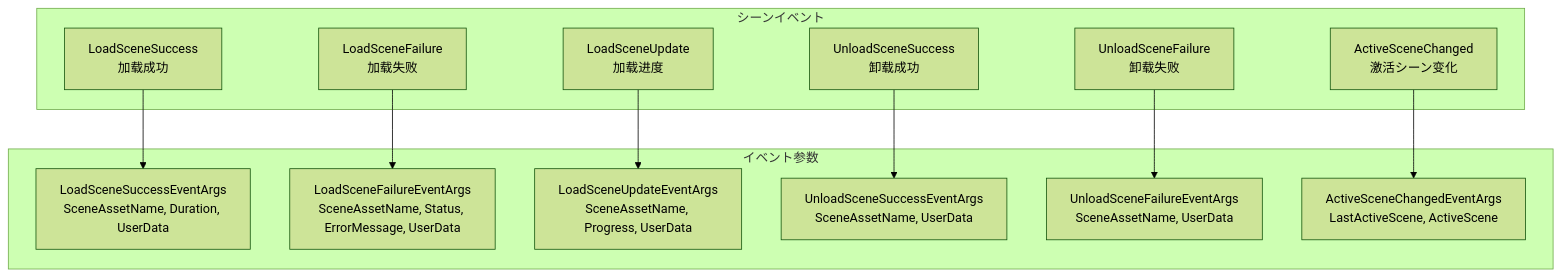
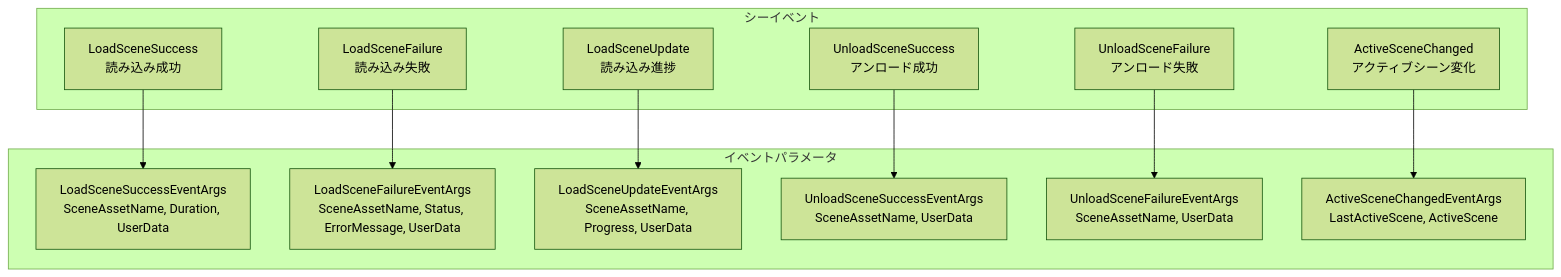
One commit to AlianBlank/GameFrameX.Docs changed the fifth of 5 diagrams in docs/ja/client/unity/component/scene/04.features.md. Above: the diagram before and after it, drawn with Mermaid (forest theme). The commit also changed other lines of this file and 320 other files, not shown here.

````diff
--- a/docs/ja/client/unity/component/scene/04.features.md
+++ b/docs/ja/client/unity/component/scene/04.features.md
@@ -233,27 +233,27 @@
 ```mermaid
 flowchart TD
-    subgraph Events["シーンイベント"]
-        LSS["LoadSceneSuccess<br/>加载成功"]
-        LSF["LoadSceneFailure<br/>加载失败"]
-        LSU["LoadSceneUpdate<br/>加载进度"]
-        USS["UnloadSceneSuccess<br/>卸载成功"]
-        USF["UnloadSceneFailure<br/>卸载失败"]
-        ASC["ActiveSceneChanged<br/>激活シーン变化"]
+    subgraph Events["シーイベント"]
+        LSS["LoadSceneSuccess<br/>読み込み成功"]
+        LSF["LoadSceneFailure<br/>読み込み失敗"]
+        LSU["LoadSceneUpdate<br/>読み込み進捗"]
+        USS["UnloadSceneSuccess<br/>アンロード成功"]
+        USF["UnloadSceneFailure<br/>アンロード失敗"]
+        ASC["ActiveSceneChanged<br/>アクティブシーン変化"]
     end
 
-    subgraph EventArgs["イベント参数"]
+    subgraph EventArgs["イベントパラメータ"]
         LSSArgs["LoadSceneSuccessEventArgs<br/>SceneAssetName, Duration, UserData"]
         LSFArgs["LoadSceneFailureEventArgs<br/>SceneAssetName, Status, ErrorMessage, UserData"]
         LSUArgs["LoadSceneUpdateEventArgs<br/>SceneAssetName, Progress, UserData"]
         USSArgs["UnloadSceneSuccessEventArgs<br/>SceneAssetName, UserData"]
         USFArgs["UnloadSceneFailureEventArgs<br/>SceneAssetName, UserData"]
         ASCArgs["ActiveSceneChangedEventArgs<br/>LastActiveScene, ActiveScene"]
     end
 
     LSS --> LSSArgs
     LSF --> LSFArgs
     LSU --> LSUArgs
     USS --> USSArgs
     USF --> USFArgs
     ASC --> ASCArgs
 ```
````
